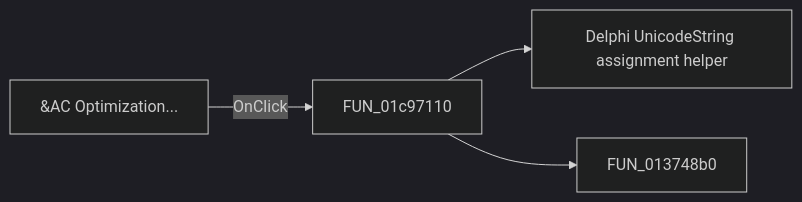
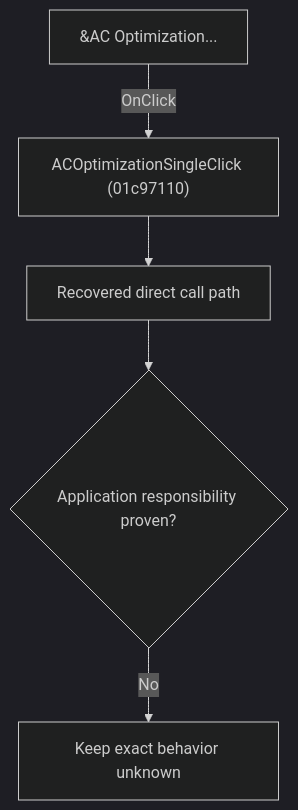
The diagram in docs/ui-controls/schematiceditor/acoptimizationsingle-bf67dca888.md (MovGP0/TIARA), drawn with Mermaid (dark theme) before and after one commit. The commit also changed other lines of this file and 1062 other files, not shown here.

````diff
--- a/docs/ui-controls/schematiceditor/acoptimizationsingle-bf67dca888.md
+++ b/docs/ui-controls/schematiceditor/acoptimizationsingle-bf67dca888.md
@@ -27,6 +27,7 @@
 ```mermaid
-flowchart LR
-    control["&AC Optimization..."] -->|OnClick| handler["FUN_01c97110"]
-    handler --> call1["Delphi UnicodeString assignment helper"]
-    handler --> call2["FUN_013748b0"]
+flowchart TD
+    control["&AC Optimization..."] -->|"OnClick"| handler["ACOptimizationSingleClick (01c97110)"]
+    handler --> recovered["Recovered direct call path"]
+    recovered --> gap{"Application responsibility proven?"}
+    gap -->|"No"| blocked["Keep exact behavior unknown"]
 ```
````
